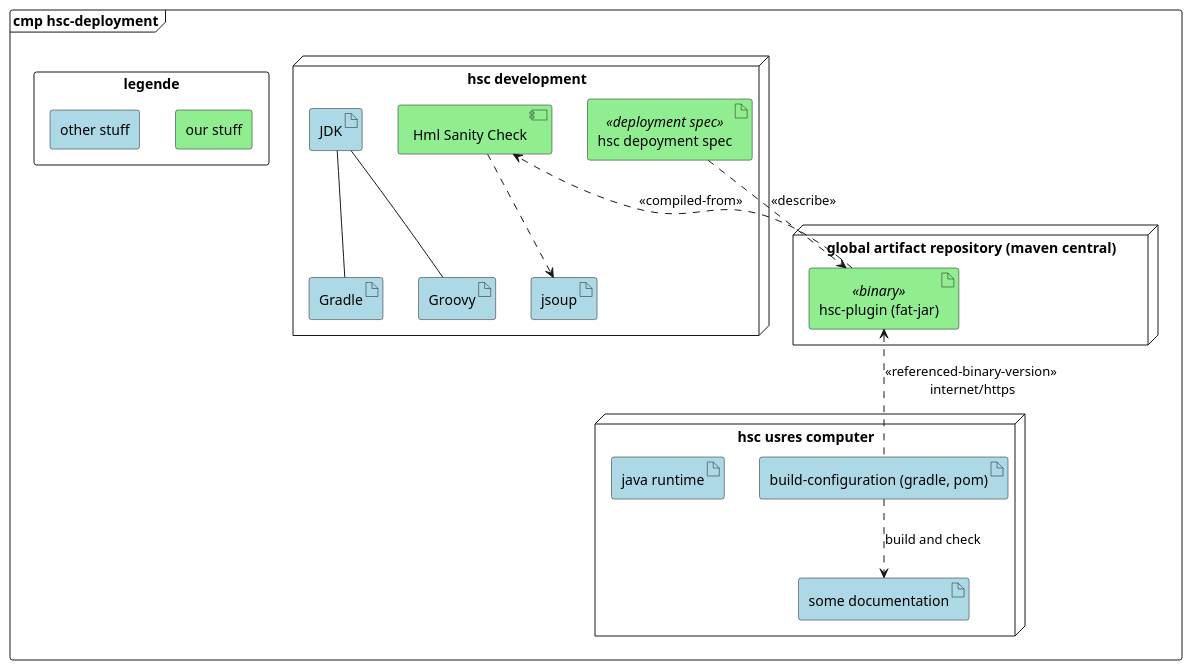
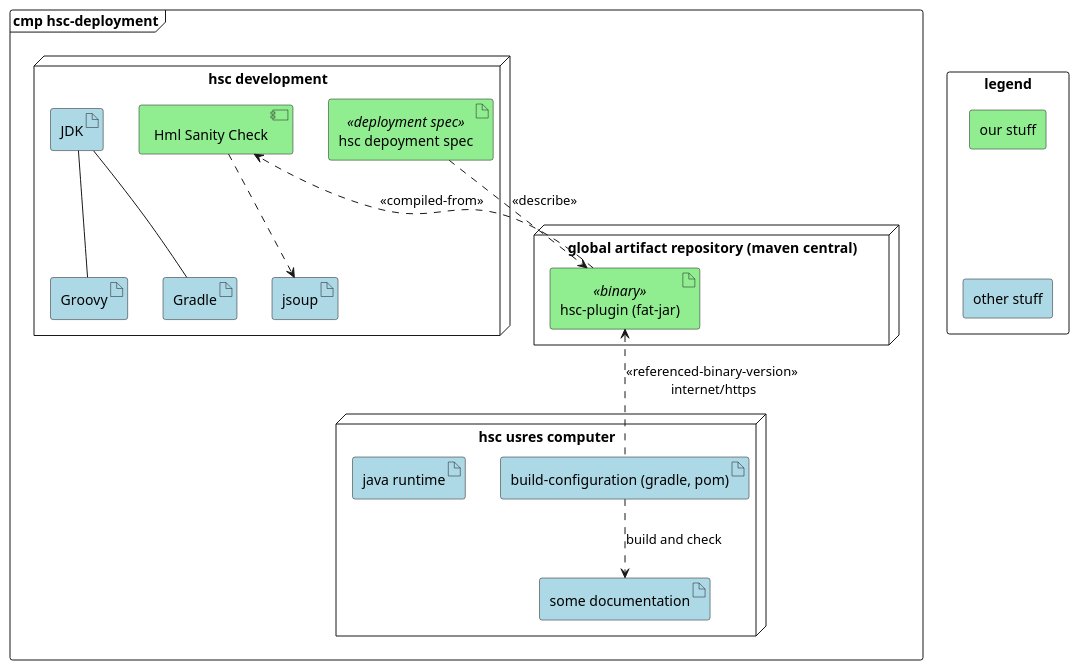
The diagram in src/docs/plantuml/hsc-deployment.puml (aim42/htmlSanityCheck), drawn with PlantUML before and after one commit. The commit also changed 1 other file, not shown here.

```diff
--- a/src/docs/plantuml/hsc-deployment.puml
+++ b/src/docs/plantuml/hsc-deployment.puml
@@ -1,47 +1,46 @@
 @startuml
 'skinparam linetype ortho
 allowmixing
 
 frame "cmp hsc-deployment" {
 
     node "hsc development" {
         artifact "hsc depoyment spec" as spec <<deployment spec>> #lightgreen
         component "Hml Sanity Check" as hsccheck #lightgreen
         artifact jsoup #lightblue
         artifact Groovy #lightblue
         artifact JDK #lightblue
         artifact Gradle #lightblue
 
 
         JDK -- Groovy
         JDK -- Gradle
         hsccheck -[dashed]-> jsoup
-        }
+    }
 
     node "global artifact repository (maven central)" {
         artifact "hsc-plugin (fat-jar)" as jar <<binary>> #lightgreen
     }
 
     node "hsc usres computer" {
       artifact "build-configuration (gradle, pom)" as build #lightblue
       artifact "some documentation" as doc #lightblue
       artifact "java runtime" #lightblue
 
       build -[dashed]-> doc : build and check
 
     }
 
     build -up[dashed]-> jar : <<referenced-binary-version>>\n internet/https
     spec -[dashed]-> jar : <<describe>>
     jar -[dashed]-> hsccheck : <<compiled-from>>
+}
 
-    rectangle legende {
-       rectangle "our stuff" #lightgreen
-       rectangle "other stuff" #lightblue
-    }
+rectangle legend {
+   rectangle "our stuff" #lightgreen
+   rectangle "other stuff" #lightblue
 
-
-
+   "our stuff" -down[hidden]- "other stuff"
 }
 
 @enduml
```
